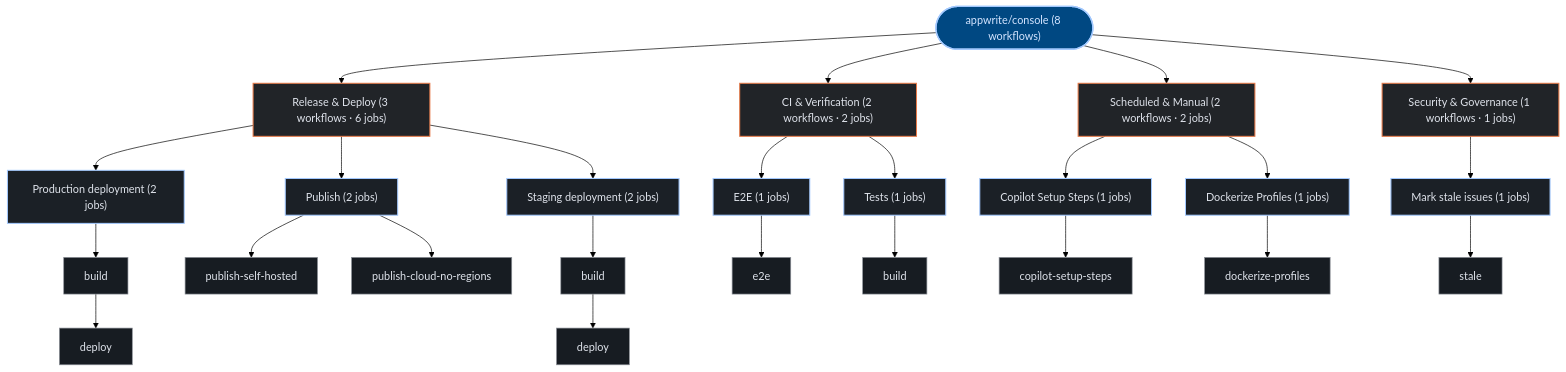
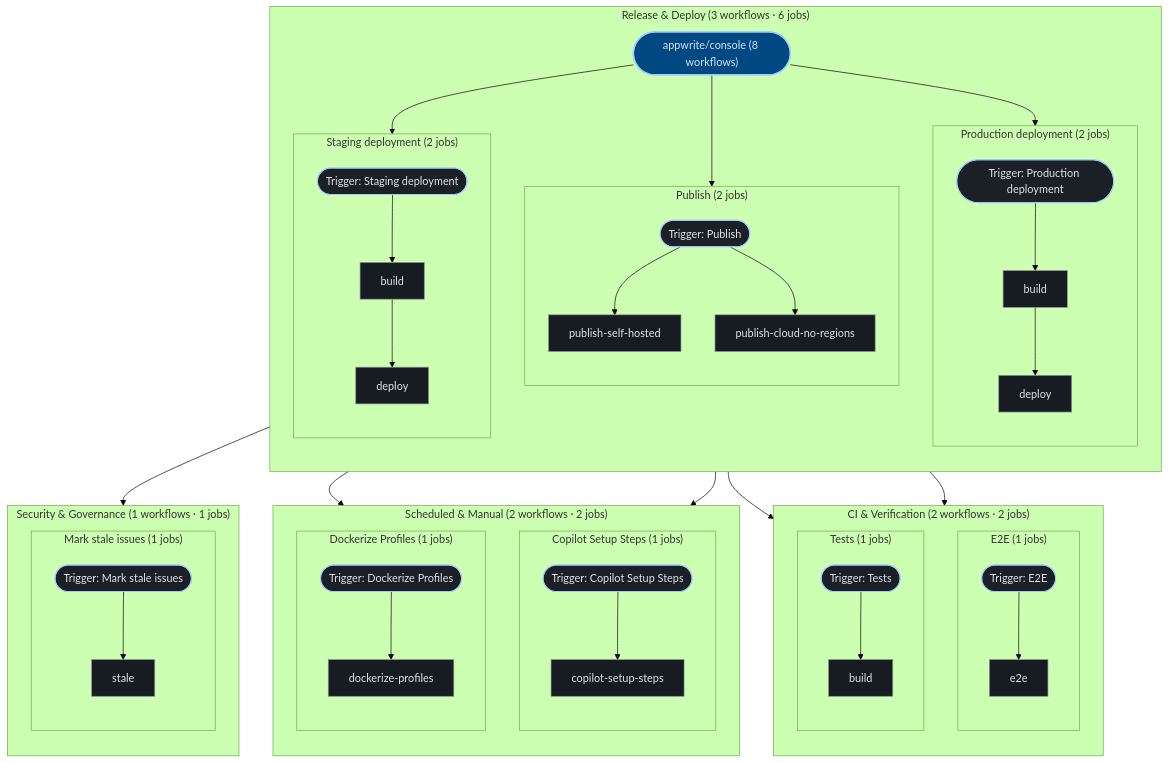
The third of 3 diagrams in exports/latest/reports/appwrite-console-report.md (kumarshaz/atruss-code-atlas), drawn with Mermaid (forest theme) before and after one commit. The commit also changed 181 other files, not shown here.

````diff
--- a/exports/latest/reports/appwrite-console-report.md
+++ b/exports/latest/reports/appwrite-console-report.md
@@ -201,50 +201,78 @@
   classDef atlasAlert fill:#93000a,stroke:#ffb4ab,stroke-width:1.5px,color:#ffdad6
   classDef atlasMore fill:#252a31,stroke:#8d9199,stroke-dasharray:4 4,color:#c3c6cf
   pipeline_root(["appwrite/console (8 workflows)"]):::atlasRoot
-  grp_0_Release___Deploy["Release & Deploy (3 workflows · 6 jobs)"]:::atlasCategory
-  pipeline_root --> grp_0_Release___Deploy
-  wf_3_Production_deployment["Production deployment (2 jobs)"]:::atlasWorkflow
-  grp_0_Release___Deploy --> wf_3_Production_deployment
-  job_3_build["build"]:::atlasJob
-  job_3_deploy["deploy"]:::atlasJob
-  wf_3_Production_deployment --> job_3_build
-  job_3_build --> job_3_deploy
-  wf_4_Publish["Publish (2 jobs)"]:::atlasWorkflow
-  grp_0_Release___Deploy --> wf_4_Publish
-  job_4_publish_self_hosted["publish-self-hosted"]:::atlasJob
-  job_4_publish_cloud_no_regions["publish-cloud-no-regions"]:::atlasJob
-  wf_4_Publish --> job_4_publish_self_hosted
-  wf_4_Publish --> job_4_publish_cloud_no_regions
-  wf_5_Staging_deployment["Staging deployment (2 jobs)"]:::atlasWorkflow
-  grp_0_Release___Deploy --> wf_5_Staging_deployment
-  job_5_build["build"]:::atlasJob
-  job_5_deploy["deploy"]:::atlasJob
-  wf_5_Staging_deployment --> job_5_build
-  job_5_build --> job_5_deploy
-  grp_1_CI___Verification["CI & Verification (2 workflows · 2 jobs)"]:::atlasCategory
-  pipeline_root --> grp_1_CI___Verification
-  wf_2_E2E["E2E (1 jobs)"]:::atlasWorkflow
-  grp_1_CI___Verification --> wf_2_E2E
-  job_2_e2e["e2e"]:::atlasJob
-  wf_2_E2E --> job_2_e2e
-  wf_7_Tests["Tests (1 jobs)"]:::atlasWorkflow
-  grp_1_CI___Verification --> wf_7_Tests
-  job_7_build["build"]:::atlasJob
-  wf_7_Tests --> job_7_build
-  grp_2_Scheduled___Manual["Scheduled & Manual (2 workflows · 2 jobs)"]:::atlasCategory
-  pipeline_root --> grp_2_Scheduled___Manual
-  wf_0_Copilot_Setup_Steps["Copilot Setup Steps (1 jobs)"]:::atlasWorkflow
-  grp_2_Scheduled___Manual --> wf_0_Copilot_Setup_Steps
-  job_0_copilot_setup_steps["copilot-setup-steps"]:::atlasJob
-  wf_0_Copilot_Setup_Steps --> job_0_copilot_setup_steps
-  wf_1_Dockerize_Profiles["Dockerize Profiles (1 jobs)"]:::atlasWorkflow
-  grp_2_Scheduled___Manual --> wf_1_Dockerize_Profiles
-  job_1_dockerize_profiles["dockerize-profiles"]:::atlasJob
-  wf_1_Dockerize_Profiles --> job_1_dockerize_profiles
-  grp_3_Security___Governance["Security & Governance (1 workflows · 1 jobs)"]:::atlasCategory
-  pipeline_root --> grp_3_Security___Governance
-  wf_6_Mark_stale_issues["Mark stale issues (1 jobs)"]:::atlasWorkflow
-  grp_3_Security___Governance --> wf_6_Mark_stale_issues
-  job_6_stale["stale"]:::atlasJob
-  wf_6_Mark_stale_issues --> job_6_stale
+  subgraph sg_grp_0_Release___Deploy["Release & Deploy (3 workflows · 6 jobs)"]
+    direction TB
+    subgraph sg_wf_3_Production_deployment["Production deployment (2 jobs)"]
+      direction TB
+      wf_3_Production_deployment(["Trigger: Production deployment"]):::atlasWorkflow
+      job_3_build["build"]:::atlasJob
+      job_3_deploy["deploy"]:::atlasJob
+      wf_3_Production_deployment --> job_3_build
+      job_3_build --> job_3_deploy
+    end
+    pipeline_root --> wf_3_Production_deployment
+    subgraph sg_wf_4_Publish["Publish (2 jobs)"]
+      direction TB
+      wf_4_Publish(["Trigger: Publish"]):::atlasWorkflow
+      job_4_publish_self_hosted["publish-self-hosted"]:::atlasJob
+      job_4_publish_cloud_no_regions["publish-cloud-no-regions"]:::atlasJob
+      wf_4_Publish --> job_4_publish_self_hosted
+      wf_4_Publish --> job_4_publish_cloud_no_regions
+    end
+    pipeline_root --> wf_4_Publish
+    subgraph sg_wf_5_Staging_deployment["Staging deployment (2 jobs)"]
+      direction TB
+      wf_5_Staging_deployment(["Trigger: Staging deployment"]):::atlasWorkflow
+      job_5_build["build"]:::atlasJob
+      job_5_deploy["deploy"]:::atlasJob
+      wf_5_Staging_deployment --> job_5_build
+      job_5_build --> job_5_deploy
+    end
+    pipeline_root --> wf_5_Staging_deployment
+  end
+  subgraph sg_grp_1_CI___Verification["CI & Verification (2 workflows · 2 jobs)"]
+    direction TB
+    subgraph sg_wf_2_E2E["E2E (1 jobs)"]
+      direction TB
+      wf_2_E2E(["Trigger: E2E"]):::atlasWorkflow
+      job_2_e2e["e2e"]:::atlasJob
+      wf_2_E2E --> job_2_e2e
+    end
+    pipeline_root --> wf_2_E2E
+    subgraph sg_wf_7_Tests["Tests (1 jobs)"]
+      direction TB
+      wf_7_Tests(["Trigger: Tests"]):::atlasWorkflow
+      job_7_build["build"]:::atlasJob
+      wf_7_Tests --> job_7_build
+    end
+    pipeline_root --> wf_7_Tests
+  end
+  subgraph sg_grp_2_Scheduled___Manual["Scheduled & Manual (2 workflows · 2 jobs)"]
+    direction TB
+    subgraph sg_wf_0_Copilot_Setup_Steps["Copilot Setup Steps (1 jobs)"]
+      direction TB
+      wf_0_Copilot_Setup_Steps(["Trigger: Copilot Setup Steps"]):::atlasWorkflow
+      job_0_copilot_setup_steps["copilot-setup-steps"]:::atlasJob
+      wf_0_Copilot_Setup_Steps --> job_0_copilot_setup_steps
+    end
+    pipeline_root --> wf_0_Copilot_Setup_Steps
+    subgraph sg_wf_1_Dockerize_Profiles["Dockerize Profiles (1 jobs)"]
+      direction TB
+      wf_1_Dockerize_Profiles(["Trigger: Dockerize Profiles"]):::atlasWorkflow
+      job_1_dockerize_profiles["dockerize-profiles"]:::atlasJob
+      wf_1_Dockerize_Profiles --> job_1_dockerize_profiles
+    end
+    pipeline_root --> wf_1_Dockerize_Profiles
+  end
+  subgraph sg_grp_3_Security___Governance["Security & Governance (1 workflows · 1 jobs)"]
+    direction TB
+    subgraph sg_wf_6_Mark_stale_issues["Mark stale issues (1 jobs)"]
+      direction TB
+      wf_6_Mark_stale_issues(["Trigger: Mark stale issues"]):::atlasWorkflow
+      job_6_stale["stale"]:::atlasJob
+      wf_6_Mark_stale_issues --> job_6_stale
+    end
+    pipeline_root --> wf_6_Mark_stale_issues
+  end
 ```
````
